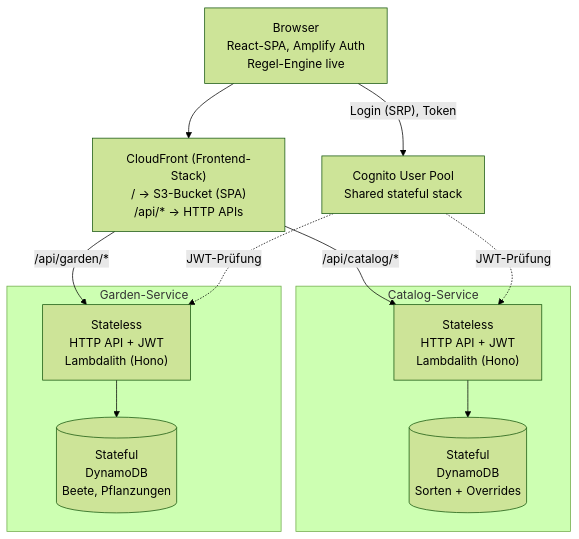
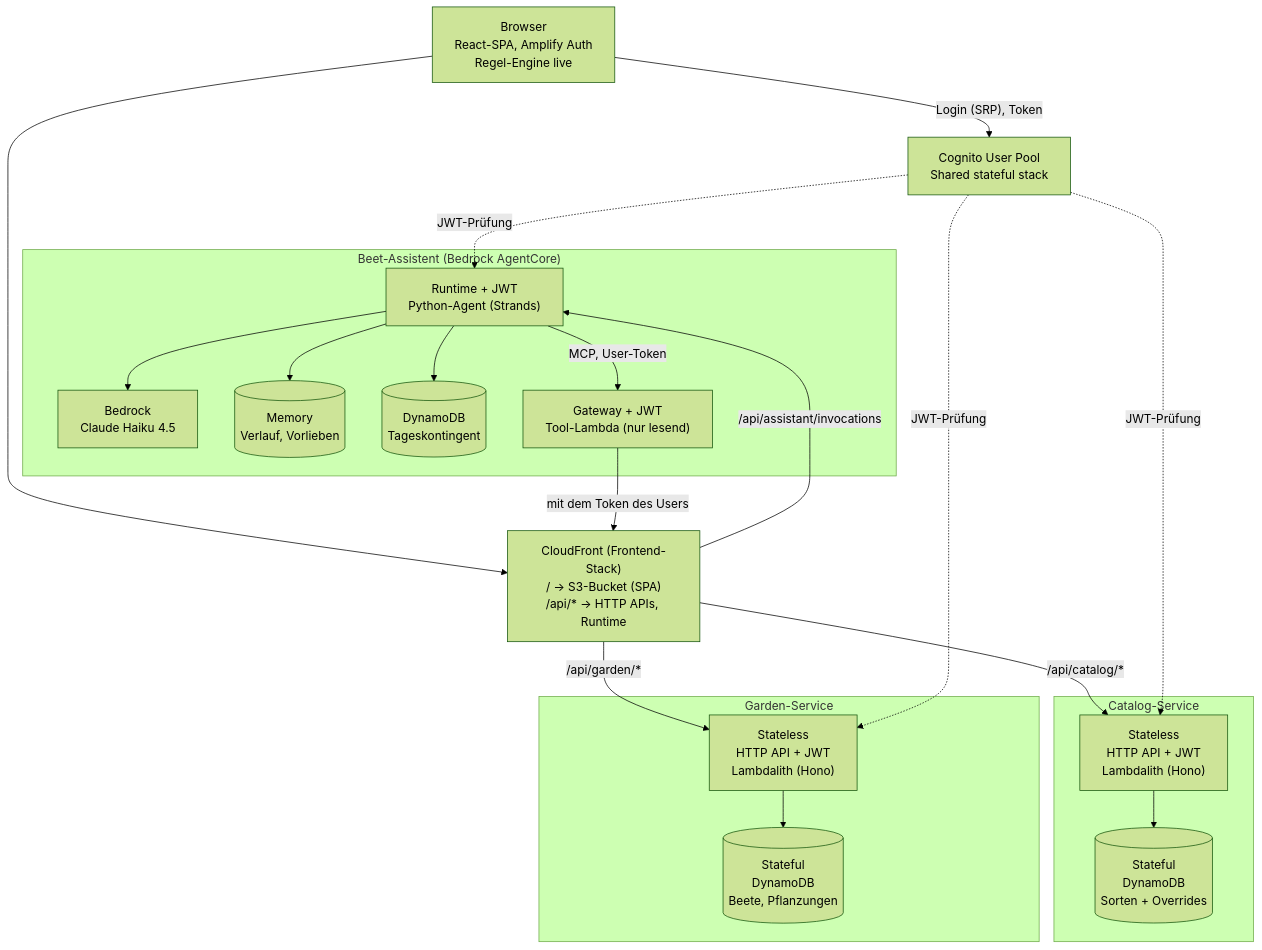
The diagram in docs/architecture.md (andreas-john-dev/hochbeet-planner-v2), drawn with Mermaid (forest theme) before and after one commit. The commit also changed other lines of this file and 25 other files, not shown here.

First line of the commit message:
docs: split the architecture into topic documents and add a README

````diff
--- a/docs/architecture.md
+++ b/docs/architecture.md
@@ -228,21 +22,31 @@
 ```mermaid
 flowchart TB
     B["Browser<br/>React-SPA, Amplify Auth<br/>Regel-Engine live"]
     C["Cognito User Pool<br/>Shared stateful stack"]
-    CF["CloudFront (Frontend-Stack)<br/>/ → S3-Bucket (SPA)<br/>/api/* → HTTP APIs"]
+    CF["CloudFront (Frontend-Stack)<br/>/ → S3-Bucket (SPA)<br/>/api/* → HTTP APIs, Runtime"]
 
     subgraph CAT["Catalog-Service"]
         CSL["Stateless<br/>HTTP API + JWT<br/>Lambdalith (Hono)"] --> CSF[("Stateful<br/>DynamoDB<br/>Sorten + Overrides")]
     end
 
     subgraph GAR["Garden-Service"]
         GSL["Stateless<br/>HTTP API + JWT<br/>Lambdalith (Hono)"] --> GSF[("Stateful<br/>DynamoDB<br/>Beete, Pflanzungen")]
     end
 
+    subgraph AST["Beet-Assistent (Bedrock AgentCore)"]
+        RT["Runtime + JWT<br/>Python-Agent (Strands)"] --> BR["Bedrock<br/>Claude Haiku 4.5"]
+        RT --> MEM[("Memory<br/>Verlauf, Vorlieben")]
+        RT --> QT[("DynamoDB<br/>Tageskontingent")]
+        RT -- "MCP, User-Token" --> GW["Gateway + JWT<br/>Tool-Lambda (nur lesend)"]
+    end
+
     B -- "Login (SRP), Token" --> C
     B --> CF
     CF -- "/api/catalog/*" --> CSL
     CF -- "/api/garden/*" --> GSL
+    CF -- "/api/assistant/invocations" --> RT
+    GW -- "mit dem Token des Users" --> CF
     C -. "JWT-Prüfung" .-> CSL
     C -. "JWT-Prüfung" .-> GSL
+    C -. "JWT-Prüfung" .-> RT
 ```
````
